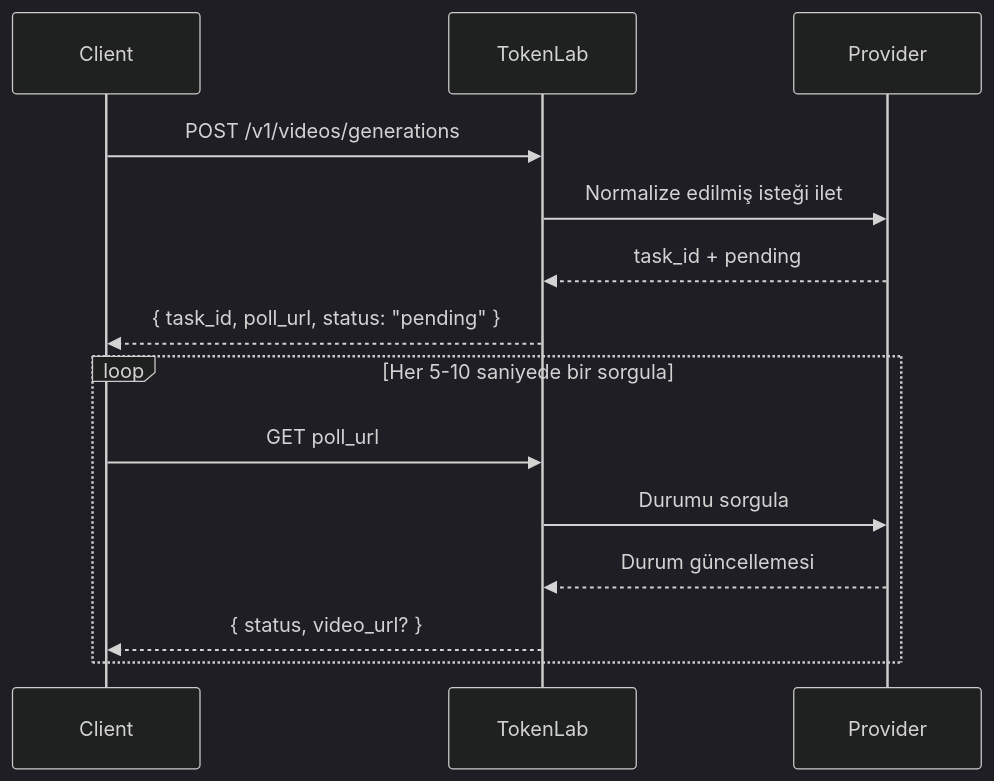
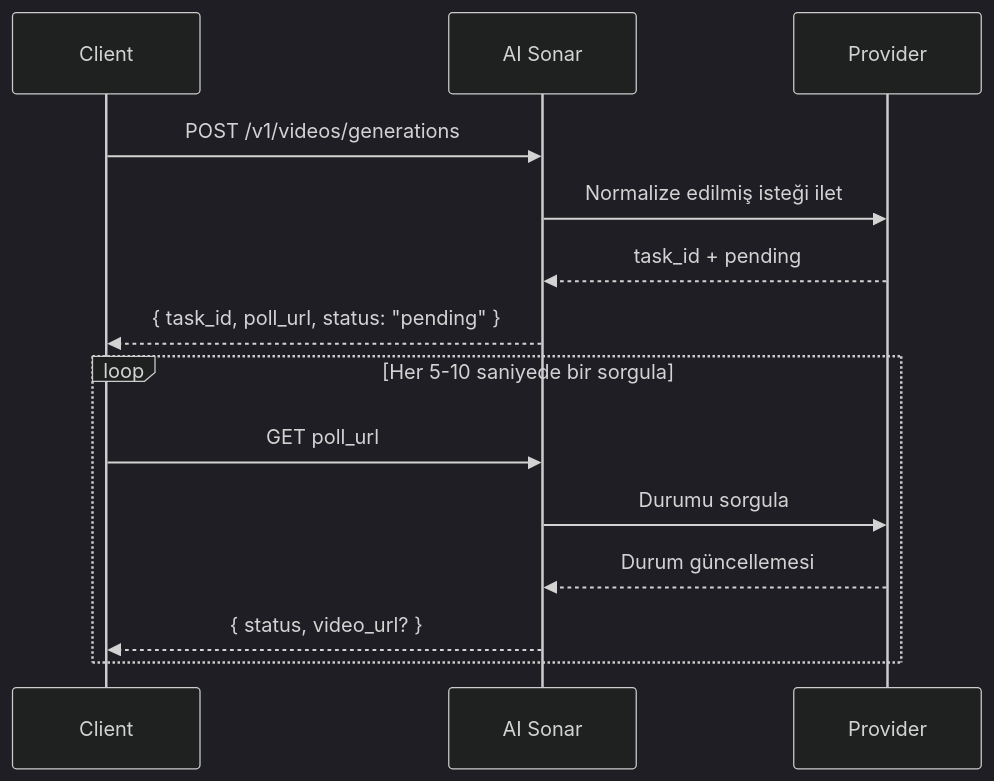
One commit to hedging8563/aisonar-docs changed the diagram in tr/guides/video-generation.mdx. Above: the diagram before and after it, drawn with Mermaid (dark theme). The commit also changed other lines of this file and 1036 other files, not shown here.

````diff
--- a/tr/guides/video-generation.mdx
+++ b/tr/guides/video-generation.mdx
@@ -24,18 +24,18 @@
 ```mermaid
 sequenceDiagram
     participant Client
-    participant TokenLab
+    participant AI Sonar
     participant Provider
 
-    Client->>TokenLab: POST /v1/videos/generations
-    TokenLab->>Provider: Normalize edilmiş isteği ilet
-    Provider-->>TokenLab: task_id + pending
-    TokenLab-->>Client: { task_id, poll_url, status: "pending" }
+    Client->>AI Sonar: POST /v1/videos/generations
+    AI Sonar->>Provider: Normalize edilmiş isteği ilet
+    Provider-->>AI Sonar: task_id + pending
+    AI Sonar-->>Client: { task_id, poll_url, status: "pending" }
 
     loop Her 5-10 saniyede bir sorgula
-        Client->>TokenLab: GET poll_url
-        TokenLab->>Provider: Durumu sorgula
-        Provider-->>TokenLab: Durum güncellemesi
-        TokenLab-->>Client: { status, video_url? }
+        Client->>AI Sonar: GET poll_url
+        AI Sonar->>Provider: Durumu sorgula
+        Provider-->>AI Sonar: Durum güncellemesi
+        AI Sonar-->>Client: { status, video_url? }
     end
 ```
````
